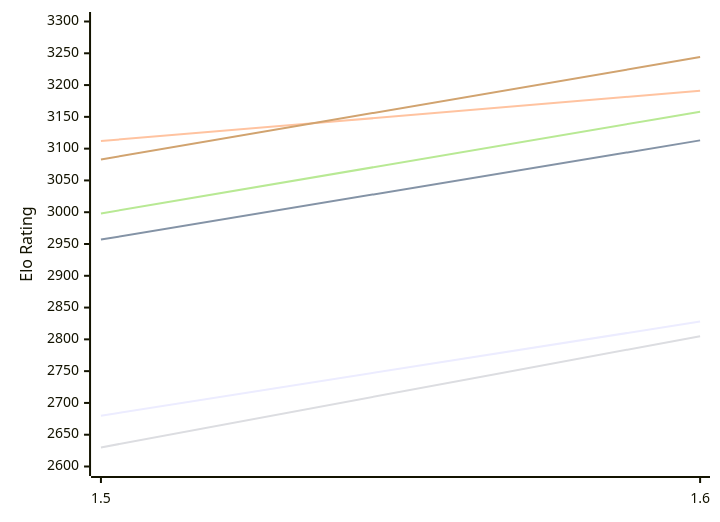
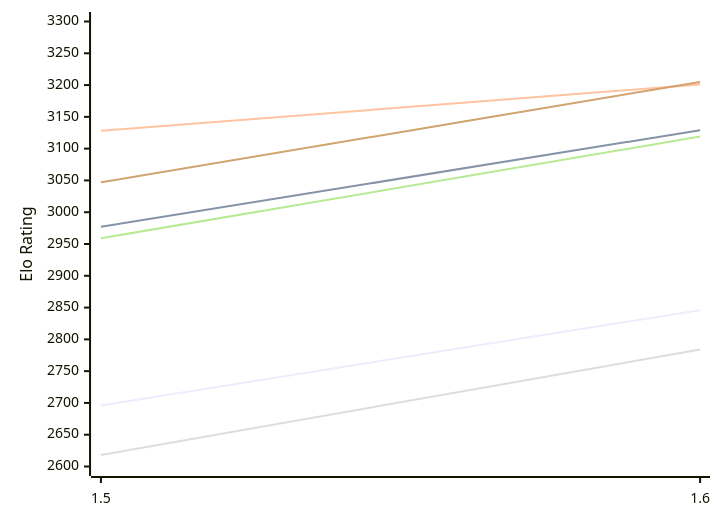
The first of 2 diagrams in engines/Yakka.md (computer-chess-index/cci), drawn with Mermaid before and after one commit. The commit also changed other lines of this file, not shown here.

Commit message:
Update CCI Ratings (ELO VLTC) - 2026-11-14

````diff
--- a/engines/Yakka.md
+++ b/engines/Yakka.md
@@ -51,12 +51,12 @@
 ```mermaid
 %%{init: {"theme":"base","themeVariables":{"seriesColors:['#a3a3a3','#222221','#faa371']}}}%%
 xychart-beta
   x-axis ["1.5", "1.6"]
   y-axis "Elo Rating" 2600 --> 3300
-  line "E1: STC (8.0+0.08s)" [2680, 2828]
-  line "E1: LTC (60.0+0.60s)" [2957, 3113]
-  line "E1: VLTC (2m24s+1.12s)" [3112, 3191]
-  line "P1: STC (8.0+0.08s)" [2630, 2805]
-  line "P1: LTC (60.0+0.60s)" [2998, 3158]
-  line "P1: VLTC (2m24s+1.12s)" [3083, 3244]
+  line "E1: STC (8.0+0.08s)" [2696, 2846]
+  line "E1: LTC (60.0+0.60s)" [2977, 3129]
+  line "E1: VLTC (2m24s+1.12s)" [3128, 3201]
+  line "P1: STC (8.0+0.08s)" [2618, 2784]
+  line "P1: LTC (60.0+0.60s)" [2959, 3119]
+  line "P1: VLTC (2m24s+1.12s)" [3047, 3205]
 ```
````
